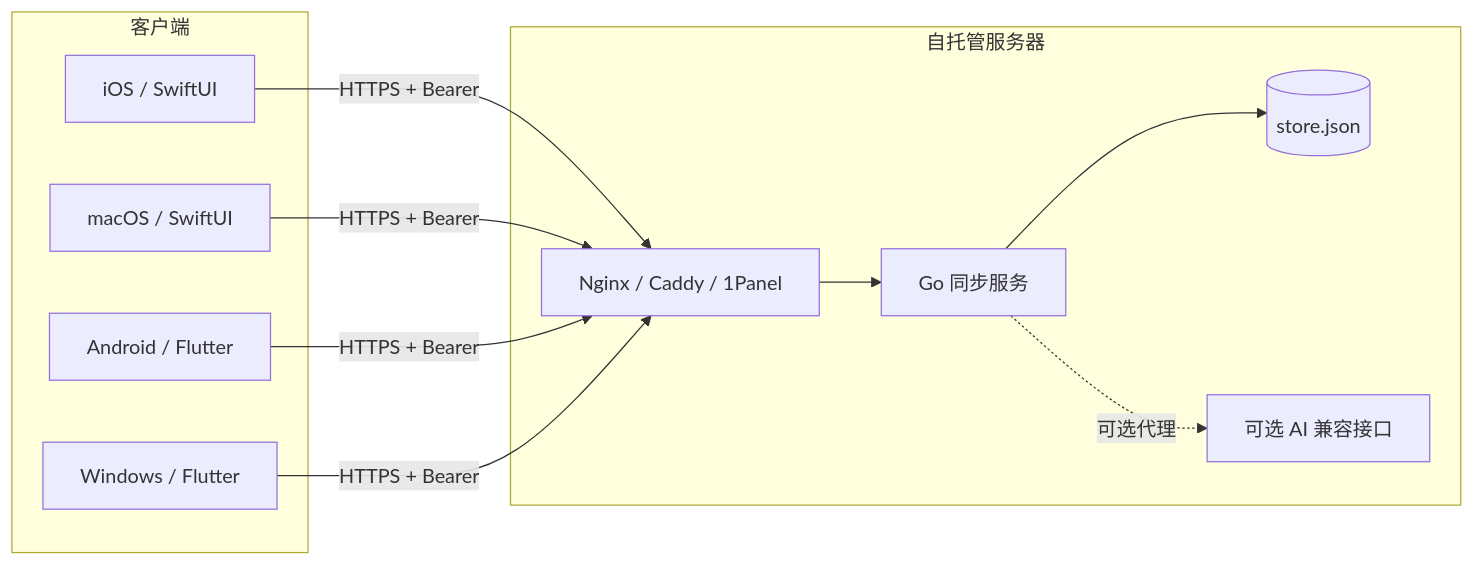
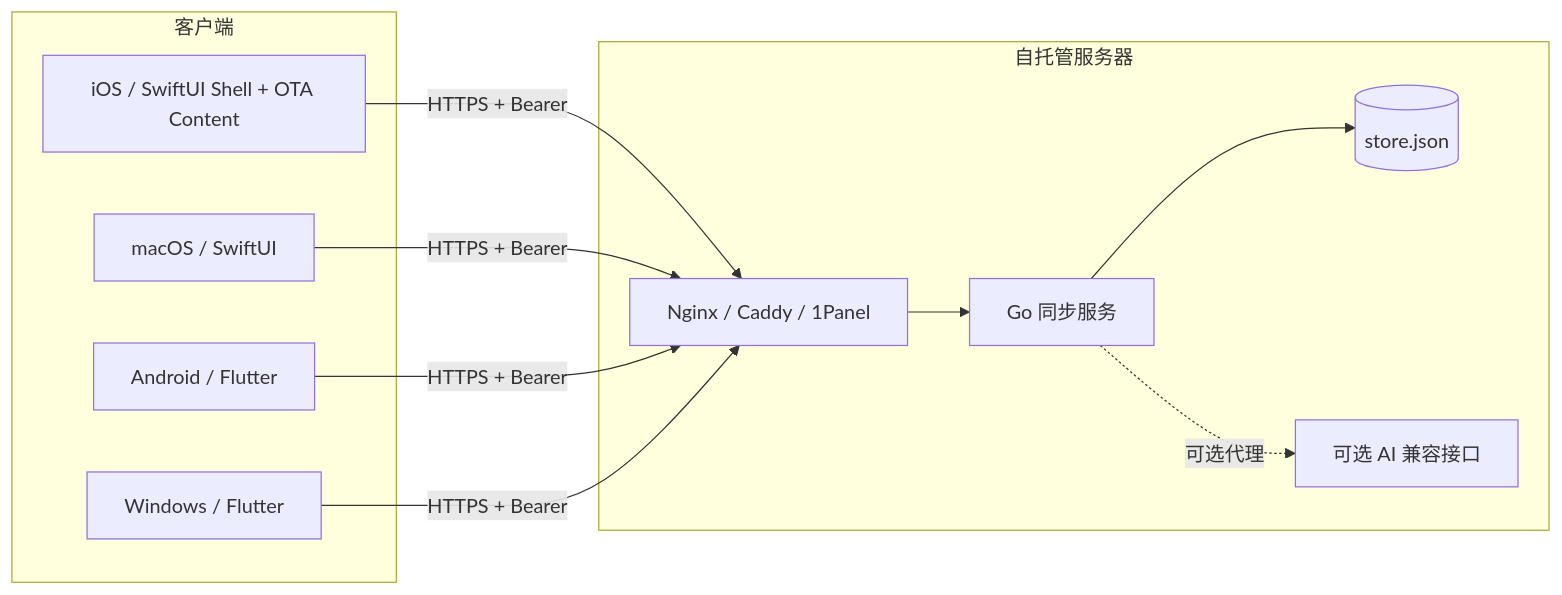
One commit to FelixZoe/TEMPO changed the first of 2 diagrams in docs/ARCHITECTURE.md. Above: the diagram before and after it, drawn with Mermaid. The commit also changed other lines of this file and 17 other files, not shown here.

Commit message:
feat(ios): prepare hybrid OTA runtime

````diff
--- a/docs/ARCHITECTURE.md
+++ b/docs/ARCHITECTURE.md
@@ -9,24 +9,24 @@
 ```mermaid
 flowchart LR
   subgraph Clients[客户端]
-    IOS[iOS / SwiftUI]
+    IOS[iOS / SwiftUI Shell + OTA Content]
     MAC[macOS / SwiftUI]
     AND[Android / Flutter]
     WIN[Windows / Flutter]
   end
 
   IOS -->|HTTPS + Bearer| PROXY
   MAC -->|HTTPS + Bearer| PROXY
   AND -->|HTTPS + Bearer| PROXY
   WIN -->|HTTPS + Bearer| PROXY
 
   subgraph Server[自托管服务器]
     PROXY[Nginx / Caddy / 1Panel]
     SYNC[Go 同步服务]
     STORE[(store.json)]
     AI[可选 AI 兼容接口]
     PROXY --> SYNC
     SYNC --> STORE
     SYNC -. 可选代理 .-> AI
   end
 ```
````
